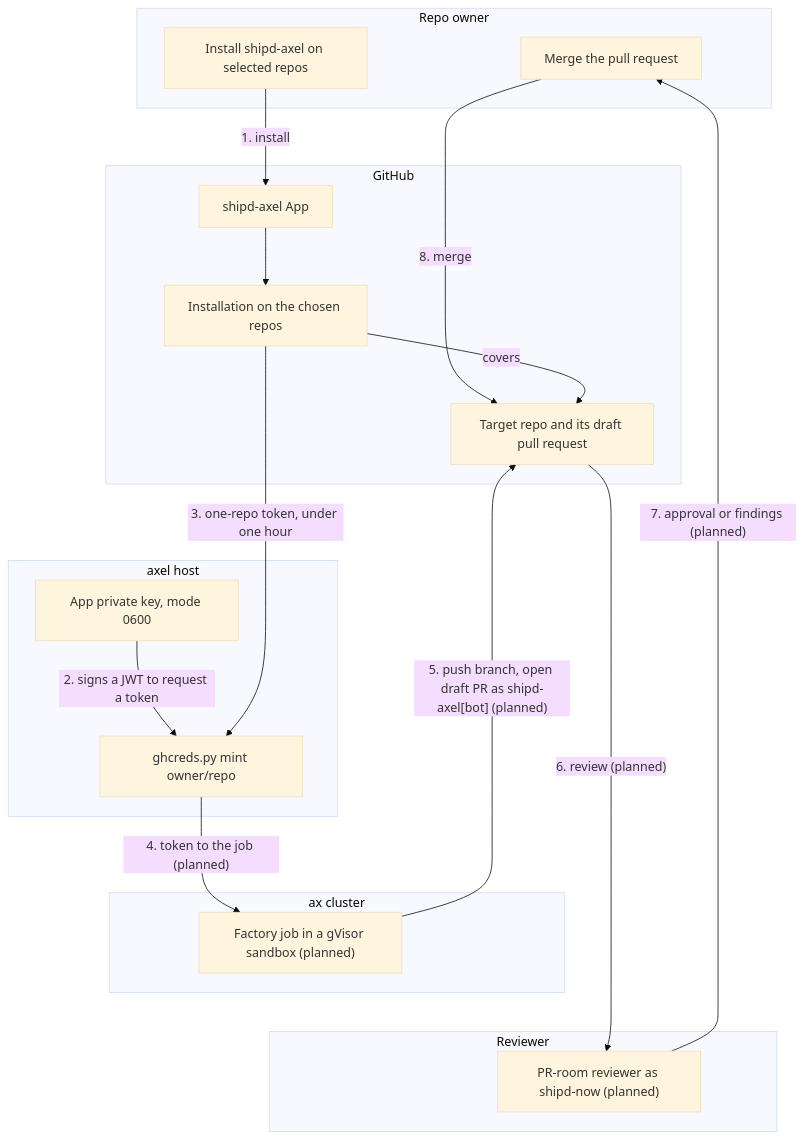
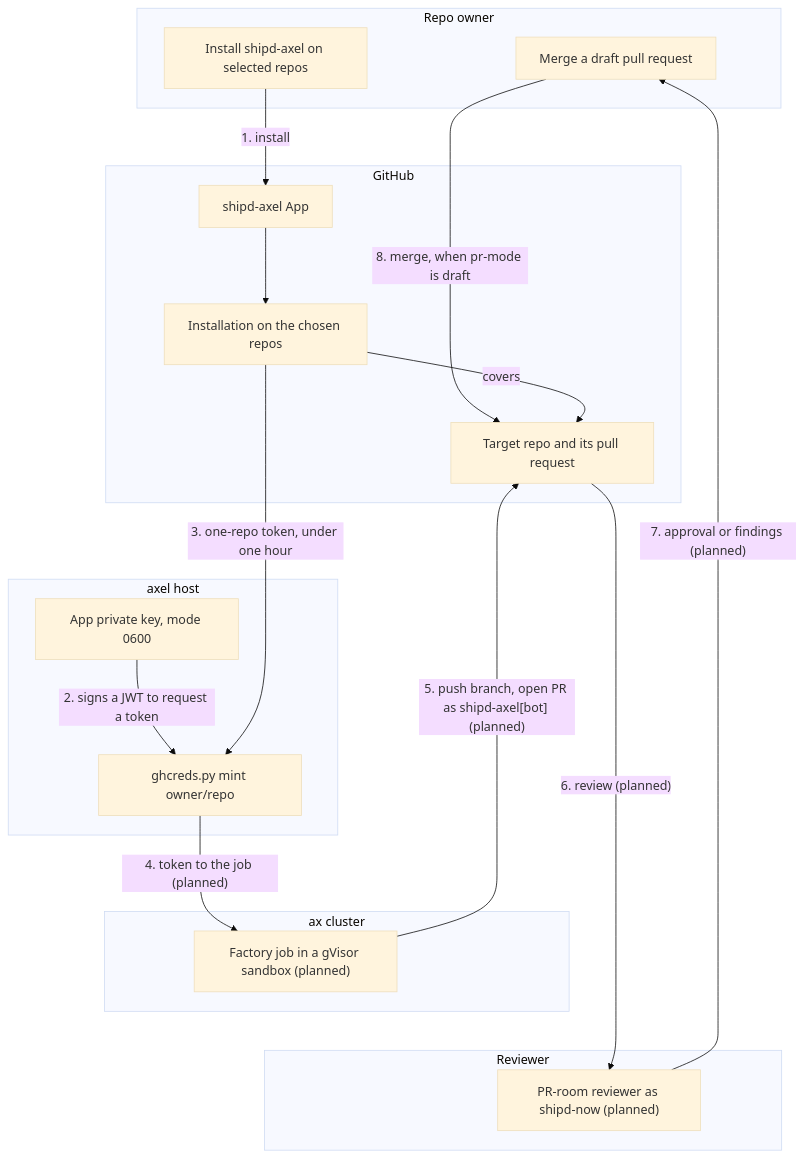
The diagram in docs/shipd-axel.md (shipd-now/shipd), drawn with Mermaid (base theme) before and after one commit. The commit also changed other lines of this file and 1 other file, not shown here.

Commit message:
☕ Follow the target repo's pr-mode instead of always opening drafts

````diff
--- a/docs/shipd-axel.md
+++ b/docs/shipd-axel.md
@@ -51,34 +51,34 @@
 ```mermaid
 flowchart TD
     subgraph LOwner [Repo owner]
-        O2["Merge the pull request"]
+        O2["Merge a draft pull request"]
         O1["Install shipd-axel on selected repos"]
     end
     subgraph LGitHub [GitHub]
         G1["shipd-axel App"]
         G2["Installation on the chosen repos"]
-        G3["Target repo and its draft pull request"]
+        G3["Target repo and its pull request"]
     end
     subgraph LHost [axel host]
         H1["App private key, mode 0600"]
         H2["ghcreds.py mint owner/repo"]
     end
     subgraph LCluster [ax cluster]
         C1["Factory job in a gVisor sandbox (planned)"]
     end
     subgraph LReviewer [Reviewer]
         R1["PR-room reviewer as shipd-now (planned)"]
     end
-    O2 -->|"8. merge"| G3
+    O2 -->|"8. merge, when pr-mode is draft"| G3
     O1 -->|"1. install"| G1
     G1 --> G2
     G2 -->|"covers"| G3
     G3 ~~~ H1
     H1 -->|"2. signs a JWT to request a token"| H2
     G2 -->|"3. one-repo token, under one hour"| H2
     H2 -->|"4. token to the job (planned)"| C1
-    C1 -->|"5. push branch, open draft PR as shipd-axel[bot] (planned)"| G3
+    C1 -->|"5. push branch, open PR as shipd-axel[bot] (planned)"| G3
     C1 ~~~ R1
     G3 -->|"6. review (planned)"| R1
     R1 -->|"7. approval or findings (planned)"| O2
 ```
````
